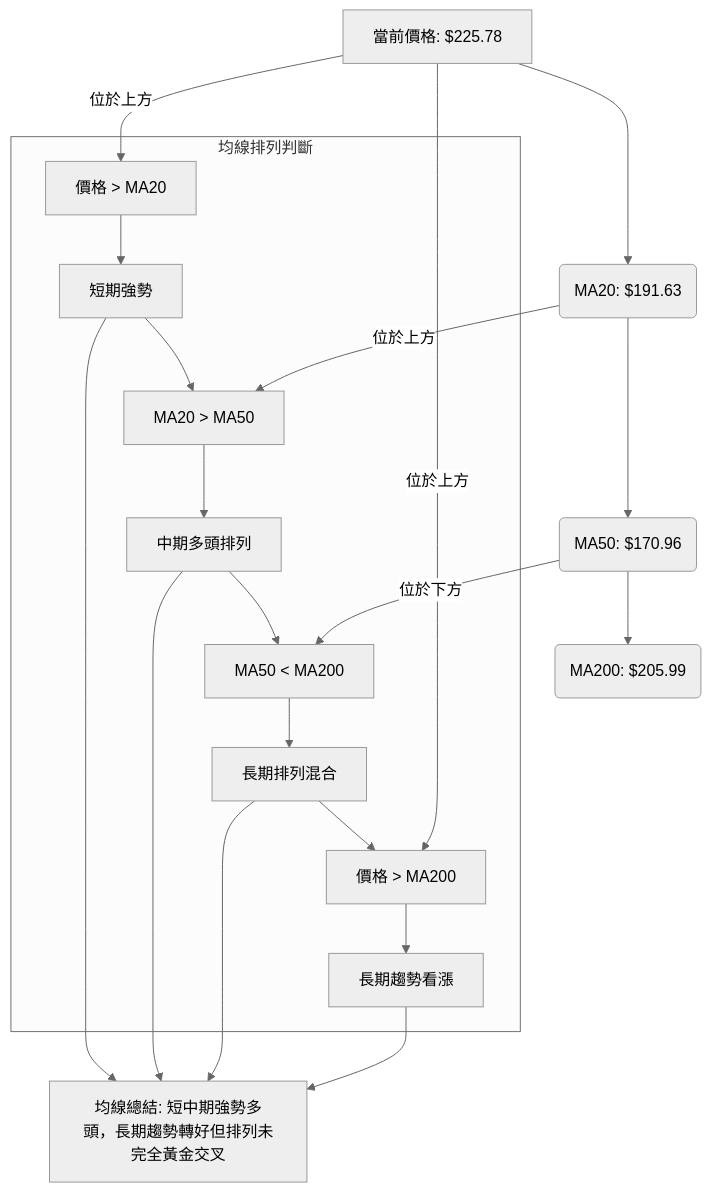
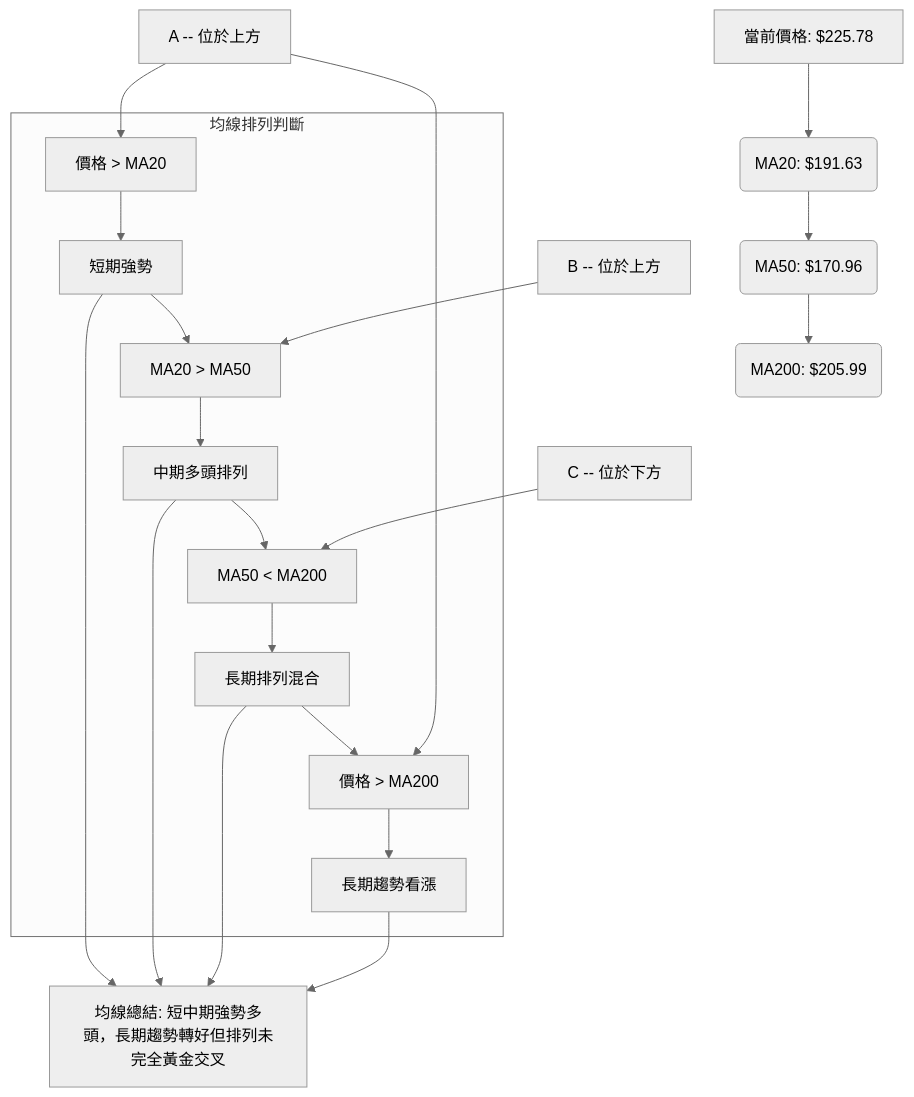
Before and after one commit to yennanliu/finance_data: the sixth of 6 diagrams in ai_gen_report/stock/orcl/technical_analysis_2026-05-30_gemini.md, drawn with Mermaid (neutral theme). The commit also changed other lines of this file and 2258 other files, not shown here.

First line of the commit message:
chore: backfill Mermaid syntax repair across existing reports

````diff
--- a/ai_gen_report/stock/orcl/technical_analysis_2026-05-30_gemini.md
+++ b/ai_gen_report/stock/orcl/technical_analysis_2026-05-30_gemini.md
@@ -534,20 +534,20 @@
 ```mermaid
 graph TD
-    A[當前價格: $225.78] --> B(MA20: $191.63)
-    B --> C(MA50: $170.96)
-    C --> D(MA200: $205.99)
+    A["當前價格: $225.78"] --> B("MA20: $191.63")
+    B --> C("MA50: $170.96")
+    C --> D("MA200: $205.99")
 
     subgraph 均線排列判斷
-        P1[價格 > MA20] --> P1_S[短期強勢]
-        P1_S --> P2[MA20 > MA50] --> P2_S[中期多頭排列]
-        P2_S --> P3[MA50 < MA200] --> P3_S[長期排列混合]
-        P3_S --> P4[價格 > MA200] --> P4_S[長期趨勢看漲]
+        P1["價格 > MA20"] --> P1_S["短期強勢"]
+        P1_S --> P2["MA20 > MA50"] --> P2_S["中期多頭排列"]
+        P2_S --> P3["MA50 < MA200"] --> P3_S["長期排列混合"]
+        P3_S --> P4["價格 > MA200"] --> P4_S["長期趨勢看漲"]
     end
 
-    A -- 位於上方 --> P1
-    B -- 位於上方 --> P2
-    C -- 位於下方 --> P3
-    A -- 位於上方 --> P4
+    nb1["A -- 位於上方"] --> P1
+    nb2["B -- 位於上方"] --> P2
+    nb3["C -- 位於下方"] --> P3
+    nb1["A -- 位於上方"] --> P4
 
-    P1_S & P2_S & P3_S & P4_S --> M_SUM[均線總結: 短中期強勢多頭，長期趨勢轉好但排列未完全黃金交叉]
+    P1_S & P2_S & P3_S & P4_S --> M_SUM["均線總結: 短中期強勢多頭，長期趨勢轉好但排列未完全黃金交叉"]
 ```
````
